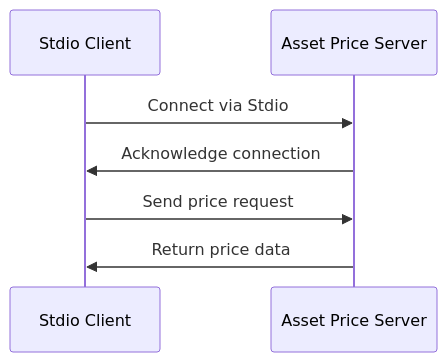
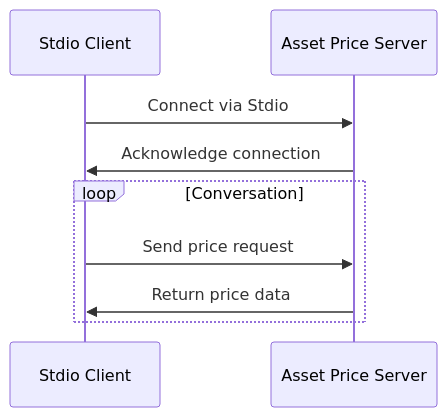
The third of 3 diagrams in README.md (batprem/practical-mcp), drawn with Mermaid before and after one commit. The commit also changed other lines of this file and 2 other files, not shown here.

````diff
--- a/README.md
+++ b/README.md
@@ -135,10 +136,12 @@
 ```mermaid
 sequenceDiagram
     participant Client as Stdio Client
     participant Server as Asset Price Server
     
     Client->>Server: Connect via Stdio
     Server->>Client: Acknowledge connection
-    Client->>Server: Send price request
-    Server->>Client: Return price data
+    loop Conversation
+        Client->>Server: Send price request
+        Server->>Client: Return price data
+    end
 ```
````
